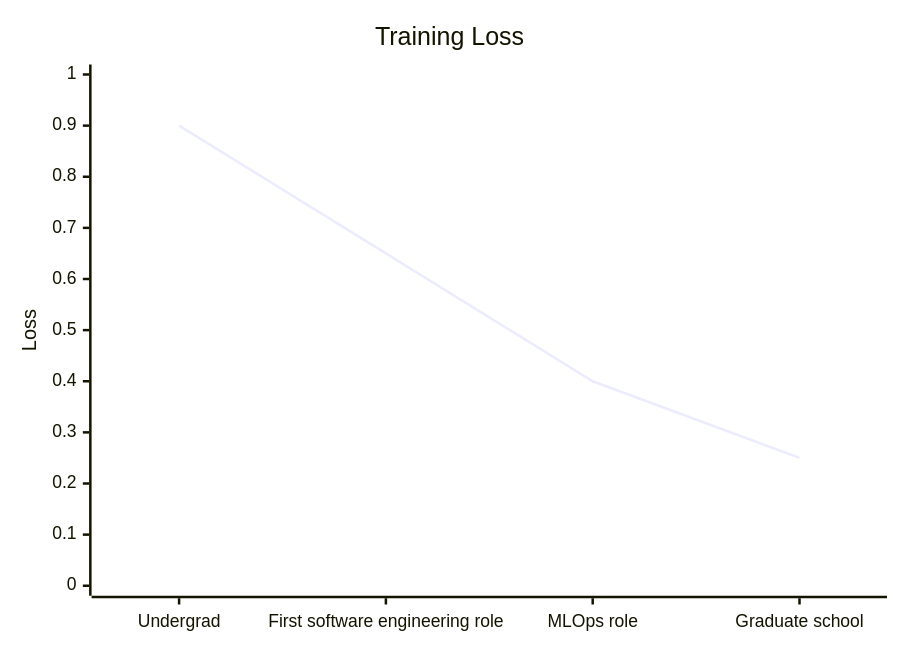
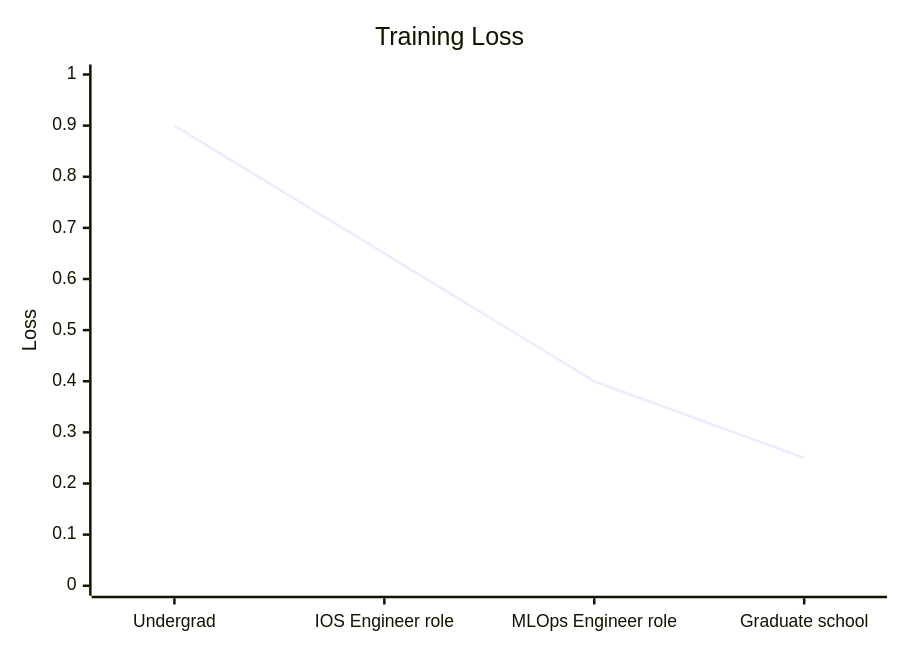
Before and after one commit to joshuaA236/joshuaA236: the second of 5 diagrams in README.md, drawn with Mermaid. The commit also changed other lines of this file, not shown here.

````diff
--- a/README.md
+++ b/README.md
@@ -30,7 +30,7 @@
 ```mermaid 
 xychart-beta
     title "Training Loss"
-    x-axis ["Undergrad", "First software engineering role", "MLOps role", "Graduate school"]
+    x-axis ["Undergrad", "IOS Engineer role", "MLOps Engineer role", "Graduate school"]
     y-axis "Loss" 0 --> 1
     line [0.9, 0.65, 0.4, 0.25]
 ```
````
